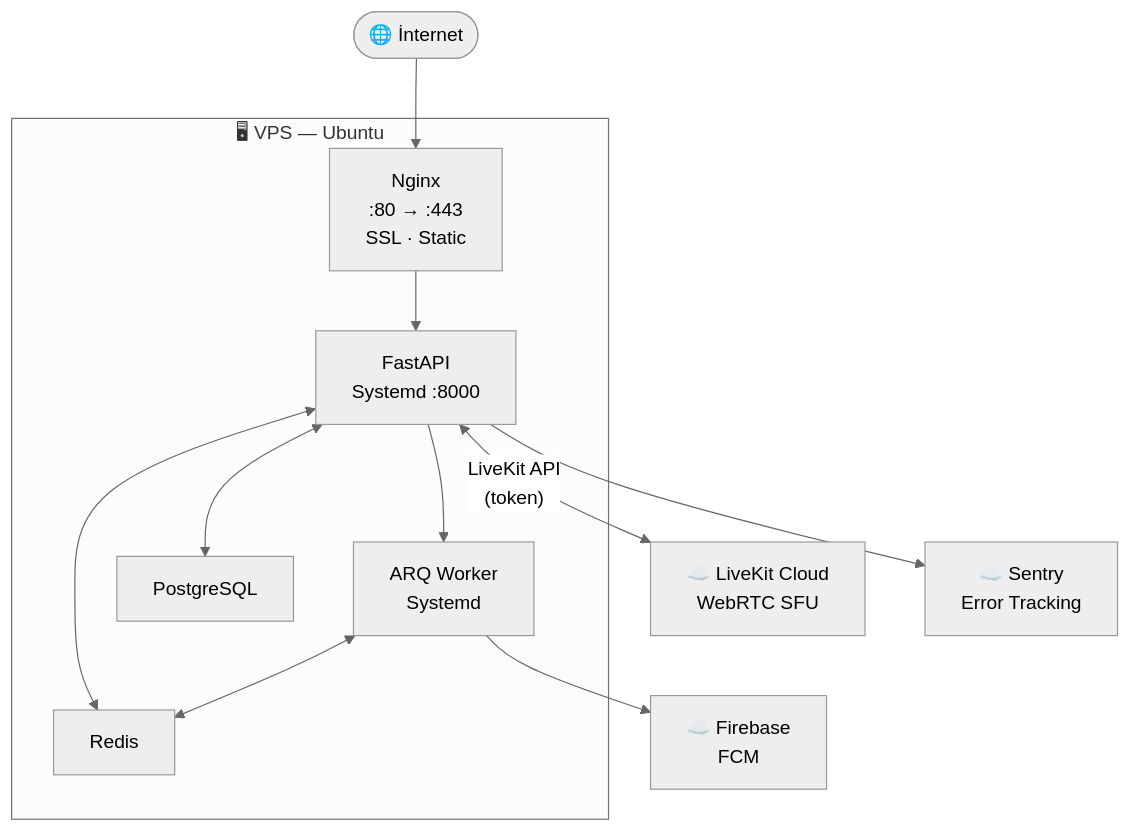
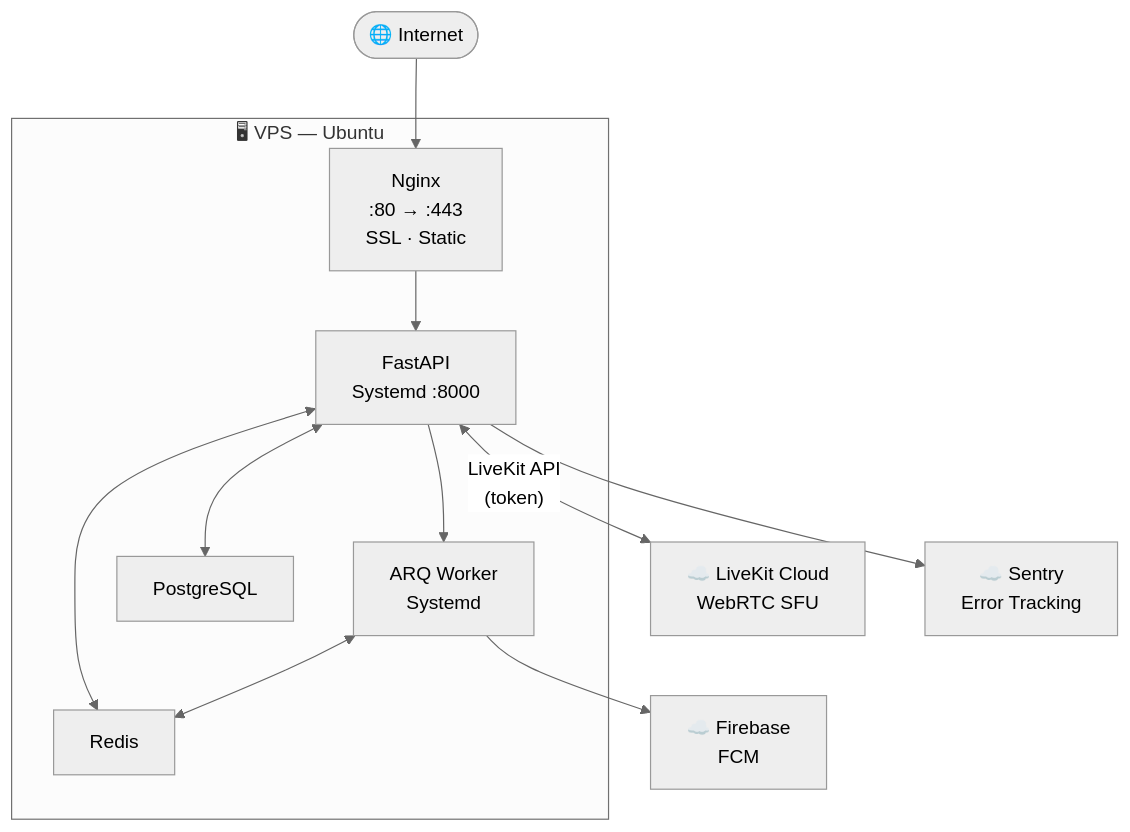
The tenth of 10 diagrams in README.md (tucibeyin/teqlif), drawn with Mermaid (neutral theme) before and after one commit. The commit also changed other lines of this file, not shown here.

````diff
--- a/README.md
+++ b/README.md
@@ -739,21 +739,21 @@
 ```mermaid
 graph TB
     subgraph VPS["🖥 VPS — Ubuntu"]
         NGINX["Nginx\n:80 → :443\nSSL · Static"]
         API["FastAPI\nSystemd :8000"]
         WORKER["ARQ Worker\nSystemd"]
         PG["PostgreSQL"]
         RD["Redis"]
 
         NGINX --> API
         API --> WORKER
         API <--> PG
         API <--> RD
         WORKER <--> RD
     end
 
-    INTERNET(["🌐 İnternet"]) --> NGINX
+    INTERNET(["🌐 Internet"]) --> NGINX
     API <-->|"LiveKit API\n(token)"| LKC["☁️ LiveKit Cloud\nWebRTC SFU"]
     WORKER --> FCM["☁️ Firebase\nFCM"]
     API --> SENTRY["☁️ Sentry\nError Tracking"]
 ```
````
